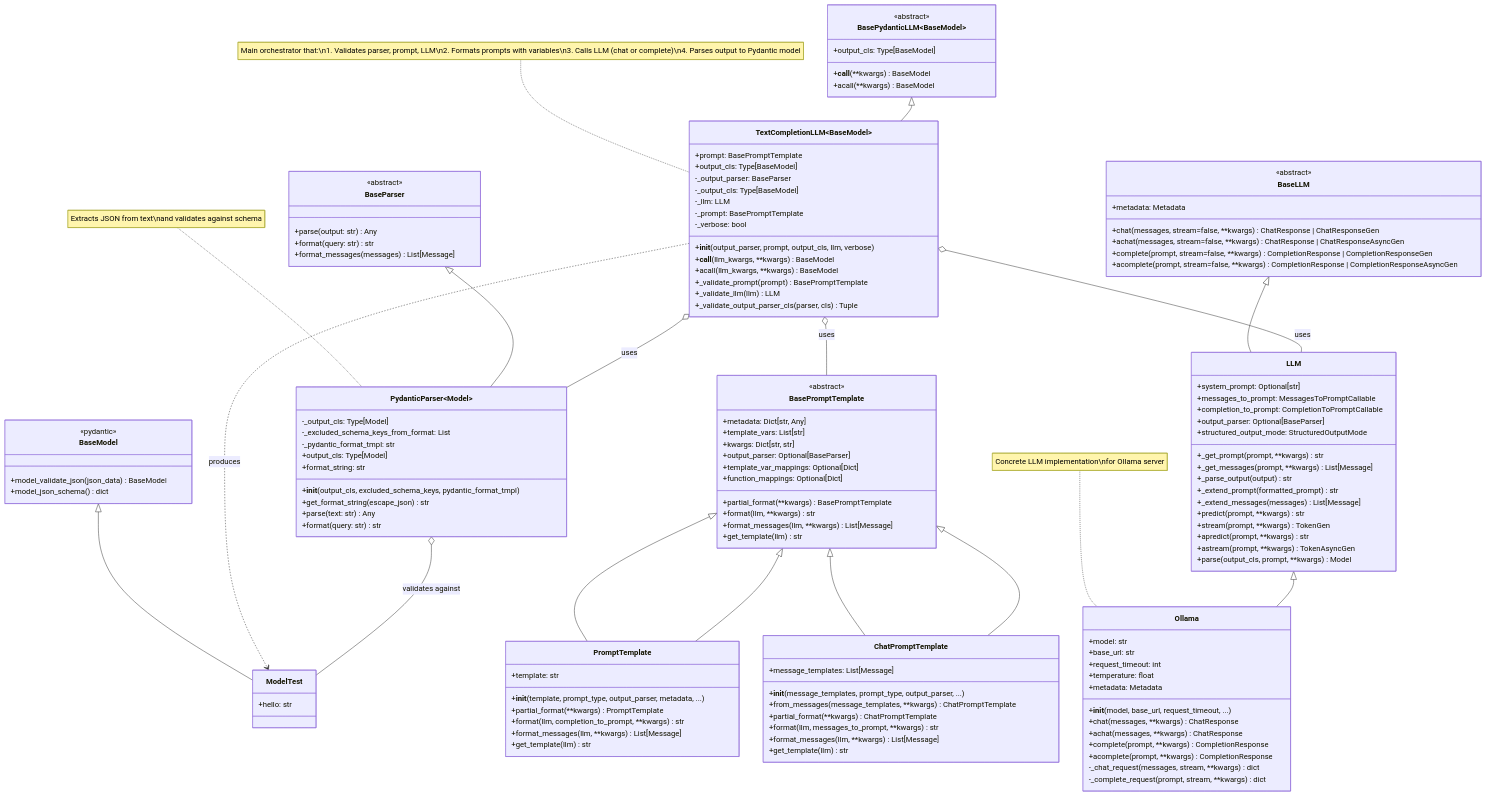
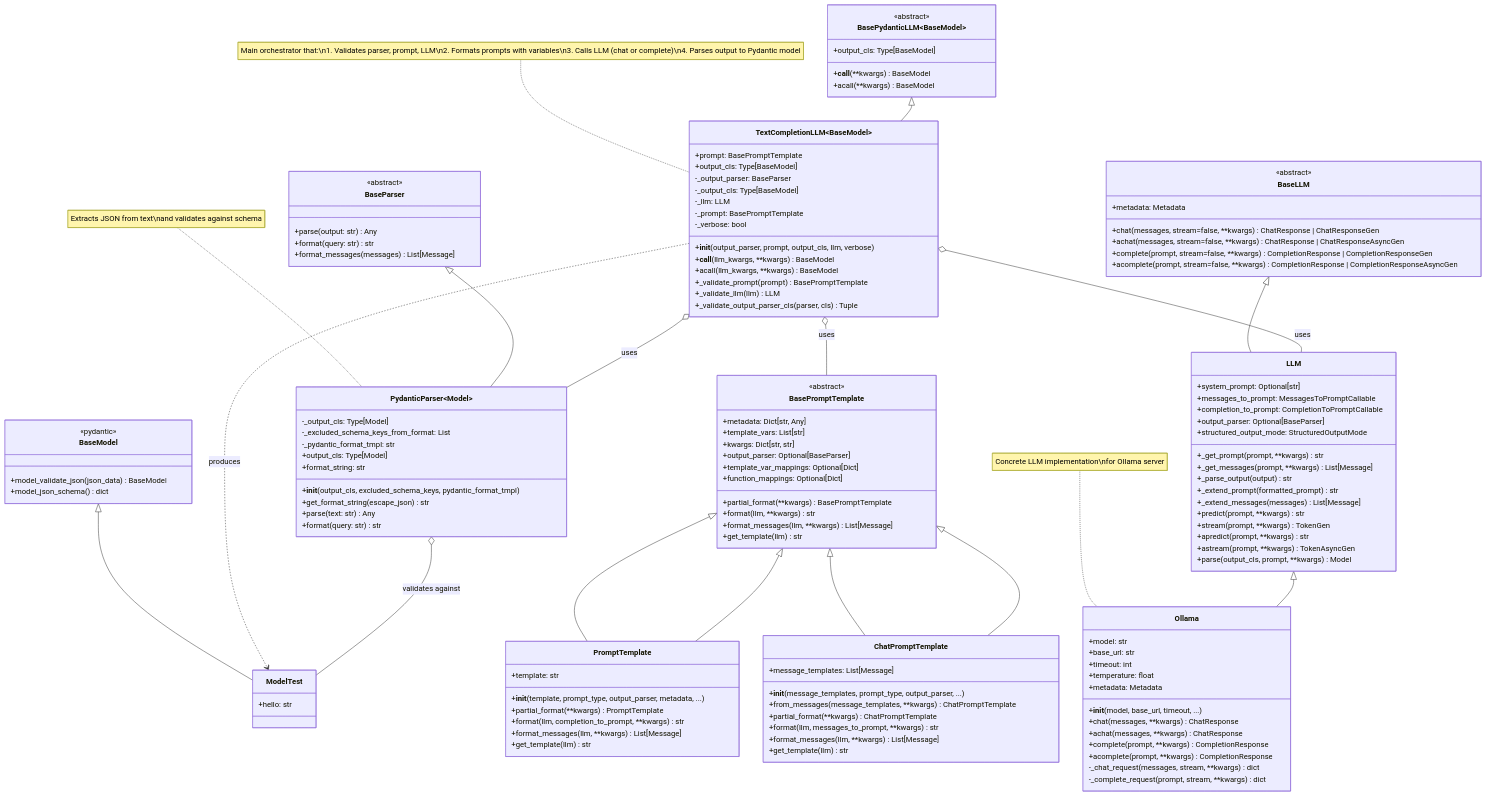
The diagram in docs/reference/core/llms/orchestrators/text_completion_llm/text_completion_llm_class.md (Serapieum-of-alex/serapeum), drawn with Mermaid before and after one commit. The commit also changed 111 other files, not shown here.

```diff
--- a/docs/reference/core/llms/orchestrators/text_completion_llm/text_completion_llm_class.md
+++ b/docs/reference/core/llms/orchestrators/text_completion_llm/text_completion_llm_class.md
@@ -109,10 +109,10 @@
     class Ollama {
         +model: str
         +base_url: str
-        +request_timeout: int
+        +timeout: int
         +temperature: float
         +metadata: Metadata
-        +__init__(model, base_url, request_timeout, ...)
+        +__init__(model, base_url, timeout, ...)
         +chat(messages, **kwargs) ChatResponse
         +achat(messages, **kwargs) ChatResponse
         +complete(prompt, **kwargs) CompletionResponse
```
